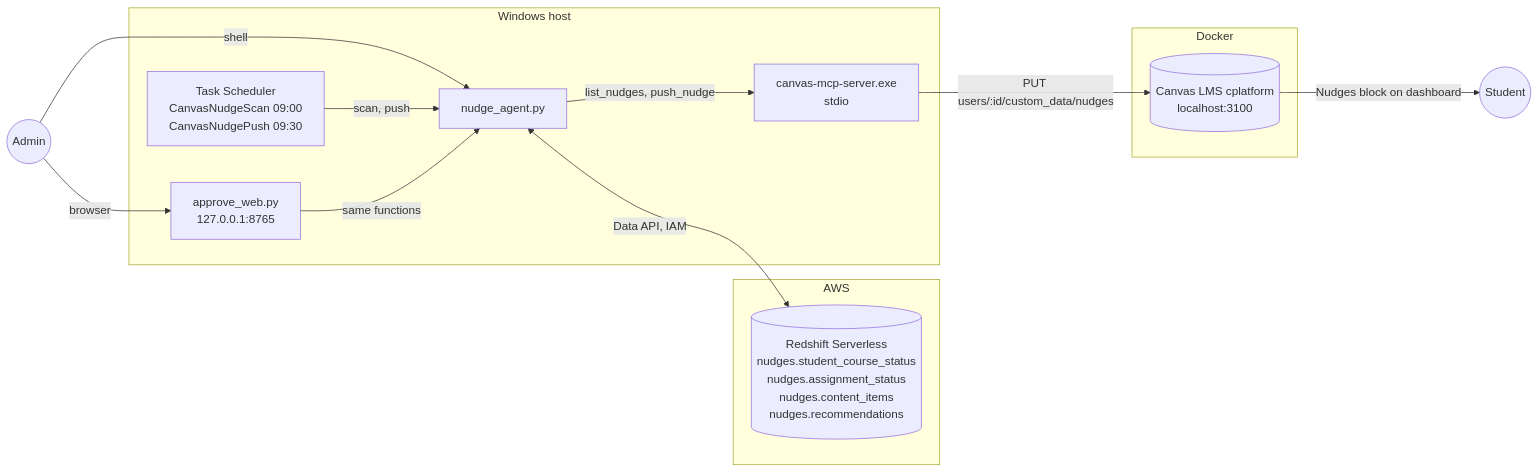
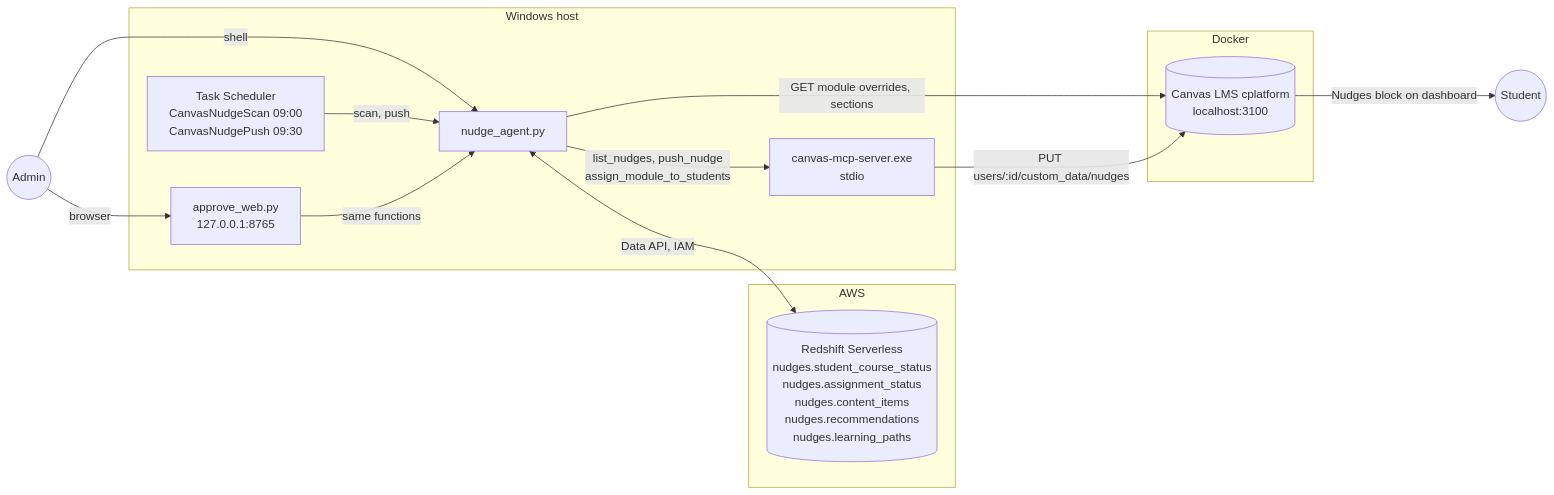
The first of 7 diagrams in docs/ARCHITECTURE.md (rdpatilds/nudge-agent), drawn with Mermaid before and after one commit. The commit also changed other lines of this file and 13 other files, not shown here.

Commit message:
Per-student learning paths, R1 remediation rule, and module override push

````diff
--- a/docs/ARCHITECTURE.md
+++ b/docs/ARCHITECTURE.md
@@ -24,23 +24,24 @@
 ```mermaid
 flowchart LR
     subgraph AWS
-        RS[(Redshift Serverless<br/>nudges.student_course_status<br/>nudges.assignment_status<br/>nudges.content_items<br/>nudges.recommendations)]
+        RS[(Redshift Serverless<br/>nudges.student_course_status<br/>nudges.assignment_status<br/>nudges.content_items<br/>nudges.recommendations<br/>nudges.learning_paths)]
     end
     subgraph Windows host
         Sched[Task Scheduler<br/>CanvasNudgeScan 09:00<br/>CanvasNudgePush 09:30]
         CLI[nudge_agent.py]
         Web[approve_web.py<br/>127.0.0.1:8765]
         MCP[canvas-mcp-server.exe<br/>stdio]
     end
     subgraph Docker
         Canvas[(Canvas LMS cplatform<br/>localhost:3100)]
     end
     Admin((Admin)) -->|browser| Web
     Admin -->|shell| CLI
     Sched -->|scan, push| CLI
     Web -->|same functions| CLI
     CLI <-->|Data API, IAM| RS
-    CLI -->|list_nudges, push_nudge| MCP
+    CLI -->|list_nudges, push_nudge<br/>assign_module_to_students| MCP
+    CLI -->|GET module overrides, sections| Canvas
     MCP -->|PUT users/:id/custom_data/nudges| Canvas
     Canvas -->|Nudges block on dashboard| Student((Student))
 ```
````
